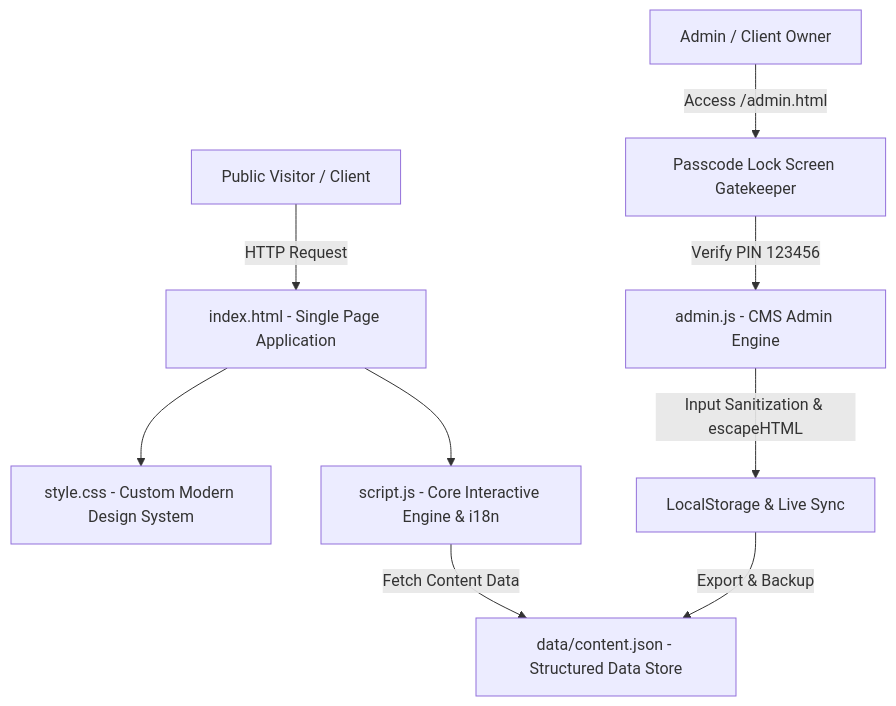
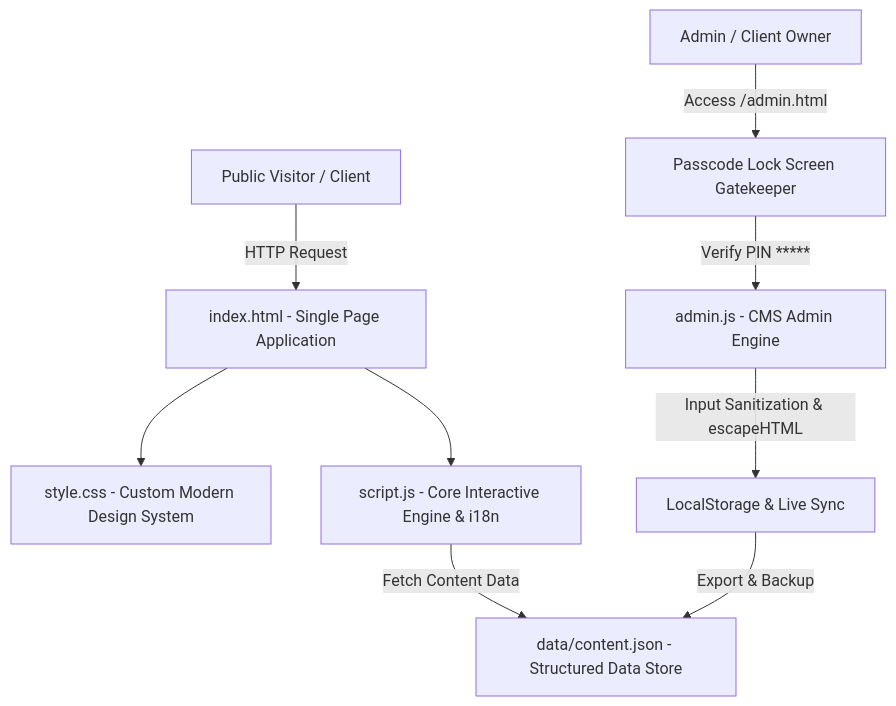
Before and after one commit to alwnfarhn-netizen/Portofolio-KH: the diagram in README.md, drawn with Mermaid.

````diff
--- a/README.md
+++ b/README.md
@@ -24,12 +24,12 @@
 ```mermaid
 graph TD
     A[Public Visitor / Client] -->|HTTP Request| B[index.html - Single Page Application]
     B --> C[style.css - Custom Modern Design System]
     B --> D[script.js - Core Interactive Engine & i18n]
     D -->|Fetch Content Data| E[data/content.json - Structured Data Store]
     
     F[Admin / Client Owner] -->|Access /admin.html| G[Passcode Lock Screen Gatekeeper]
-    G -->|Verify PIN 123456| H[admin.js - CMS Admin Engine]
+    G -->|Verify PIN *****| H[admin.js - CMS Admin Engine]
     H -->|Input Sanitization & escapeHTML| I[LocalStorage & Live Sync]
     I -->|Export & Backup| E
 ```
````
